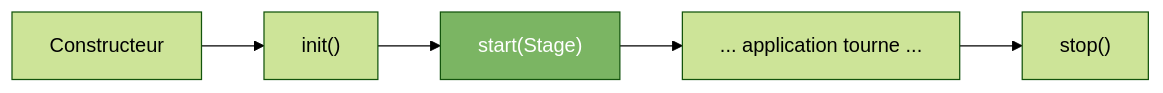
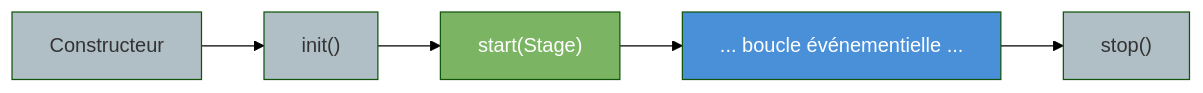
Before and after one commit to IUTInfoAix-R202/cours: the third of 6 diagrams in cm1-fondations-ihm.md, drawn with Mermaid (forest theme). The commit also changed other lines of this file and 2 other files, not shown here.

First line of the commit message:
docs(cm1): slides conteneurs, hiérarchie PlantUML, Gestalt, contrôles

````diff
--- a/cm1-fondations-ihm.md
+++ b/cm1-fondations-ihm.md
@@ -799,9 +825,13 @@
 ```mermaid
 graph LR
     A["Constructeur"] --> B["init()"]
     B --> C["start(Stage)"]
-    C --> D["... application tourne ..."]
+    C --> D["... boucle événementielle ..."]
     D --> E["stop()"]
 
+    style A fill:#b0bec5,color:#333
+    style B fill:#b0bec5,color:#333
     style C fill:#7bb563,color:white
+    style D fill:#4a90d9,color:white
+    style E fill:#b0bec5,color:#333
 ```
````
